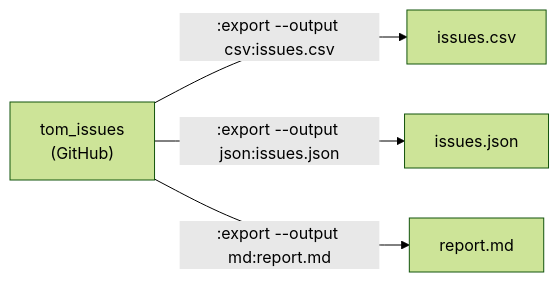
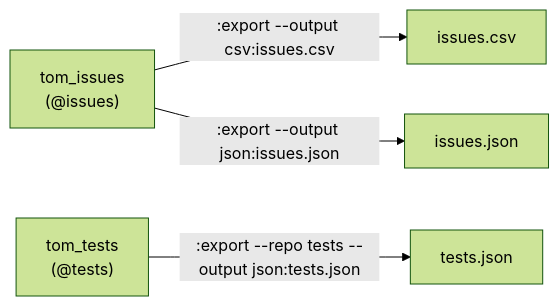
Diagram 14 of 37 in tom_issue_kit/doc/issuekit_command_reference.md (al-the-bear/tom_module_basics), drawn with Mermaid (forest theme) before and after one commit. The commit also changed other lines of this file and 1 other file, not shown here.

First line of the commit message:
docs: architectural redesign — two issue trackers, @issues/@tests/@code terminology, nightly backup

````diff
--- a/tom_issue_kit/doc/issuekit_command_reference.md
+++ b/tom_issue_kit/doc/issuekit_command_reference.md
@@ -682,6 +698,6 @@
 ```mermaid
 graph LR
-    GH["tom_issues<br/>(GitHub)"] -->|":export --output csv:issues.csv"| CSV["issues.csv"]
-    GH -->|":export --output json:issues.json"| JSON["issues.json"]
-    GH -->|":export --output md:report.md"| MD["report.md"]
+    GH1["tom_issues<br/>(@issues)"] -->|":export --output csv:issues.csv"| CSV1["issues.csv"]
+    GH1 -->|":export --output json:issues.json"| JSON1["issues.json"]
+    GH2["tom_tests<br/>(@tests)"] -->|":export --repo tests --output json:tests.json"| JSON2["tests.json"]
 ```
````
